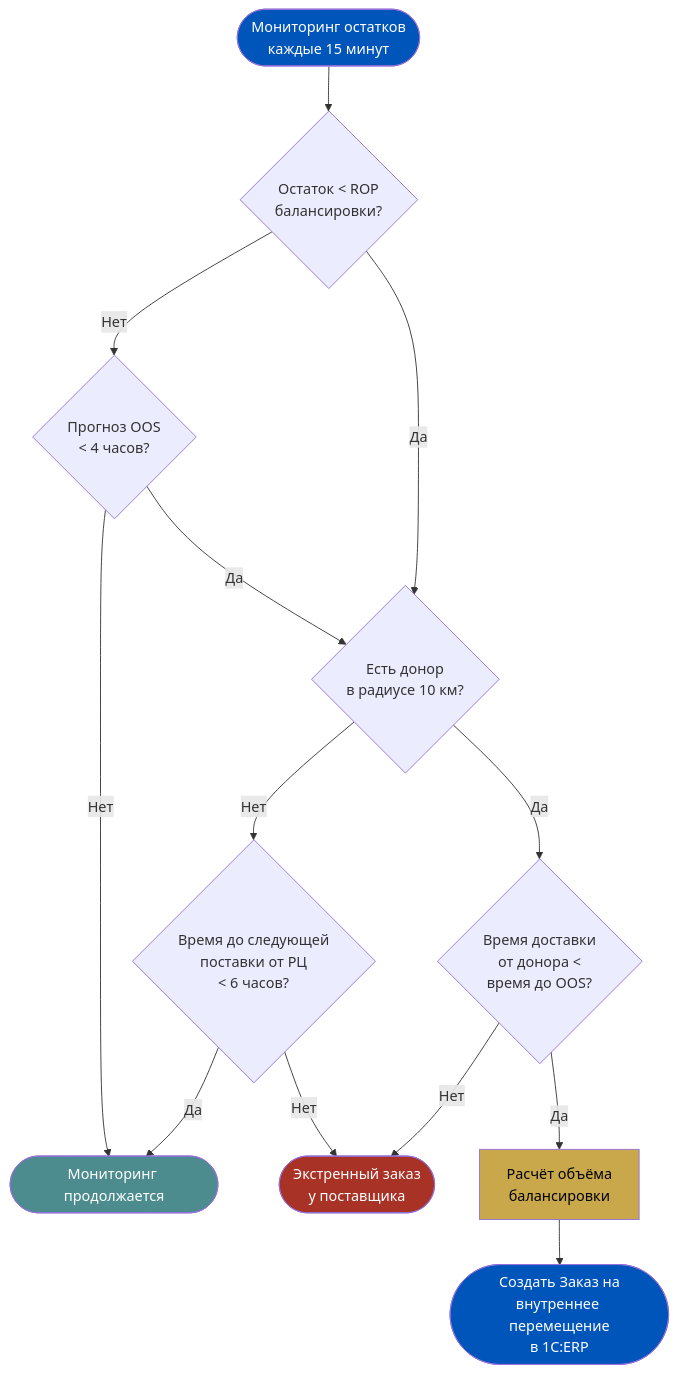
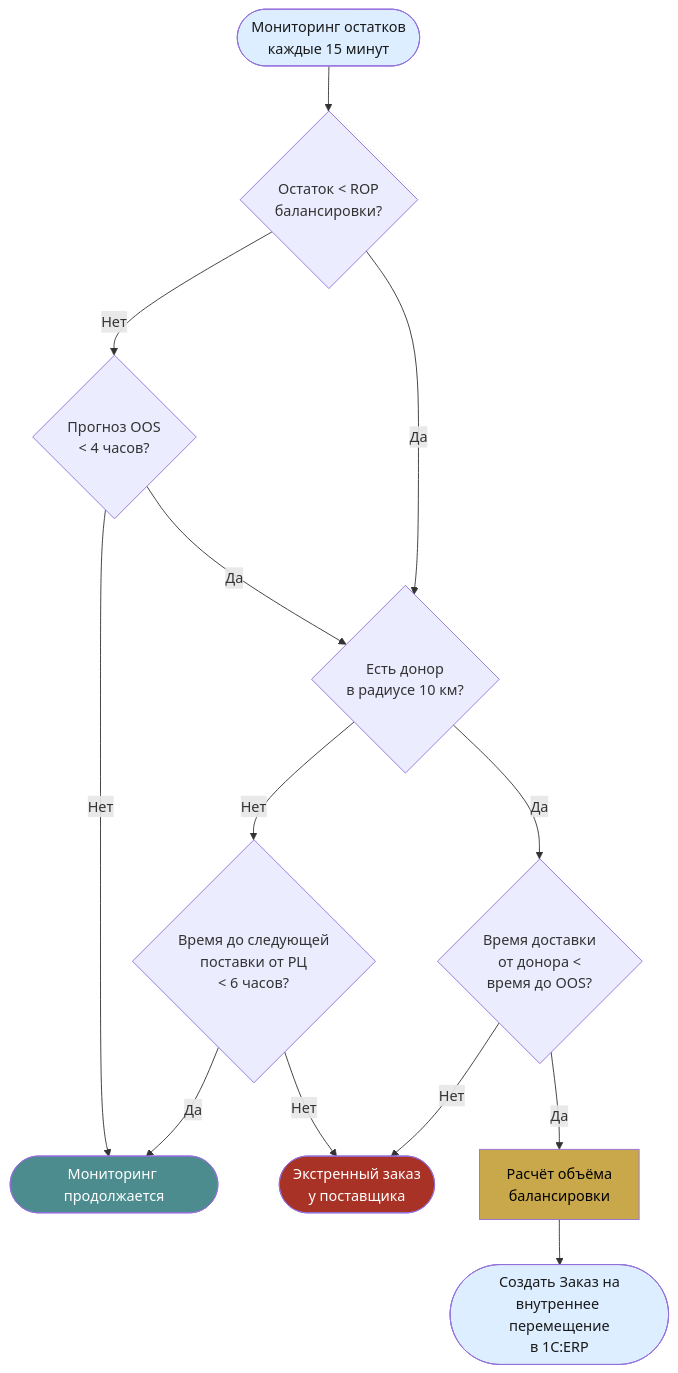
One commit to murad1986/1c-erp-quartz changed the third of 5 diagrams in content/1c-erp/week_7/Неделя 7 - День 1 - Балансировка стока.md. Above: the diagram before and after it, drawn with Mermaid. The commit also changed other lines of this file and 57 other files, not shown here.

First line of the commit message:
fix: Mermaid — пастельные цвета в источниках диаграмм (56 файлов)

````diff
--- a/content/1c-erp/week_7/Неделя 7 - День 1 - Балансировка стока.md
+++ b/content/1c-erp/week_7/Неделя 7 - День 1 - Балансировка стока.md
@@ -216,29 +216,29 @@
 ```mermaid
 flowchart TD
     Start(["Мониторинг остатков<br/>каждые 15 минут"]) --> Check1{"Остаток < ROP<br/>балансировки?"}
 
-    style Start fill:#0055BB,color:#fff
+    style Start fill:#dceeff,color:#1a1a1a
 
     Check1 -->|Нет| Check2{"Прогноз OOS<br/>< 4 часов?"}
     Check1 -->|Да| Check3{"Есть донор<br/>в радиусе 10 км?"}
 
     Check2 -->|Нет| End1(["Мониторинг продолжается"])
     Check2 -->|Да| Check3
 
     Check3 -->|Нет| Check4{"Время до следующей<br/>поставки от РЦ<br/>< 6 часов?"}
     Check3 -->|Да| CheckTime{"Время доставки<br/>от донора <<br/>время до OOS?"}
 
     Check4 -->|Да| End1
     Check4 -->|Нет| Action2(["Экстренный заказ<br/>у поставщика"])
 
     CheckTime -->|Нет| Action2
     CheckTime -->|Да| CalcVol["Расчёт объёма<br/>балансировки"]
 
     style End1 fill:#4C8C8F,color:#fff
     style Action2 fill:#A93226,color:#fff
     style CalcVol fill:#C9A84C,color:#000
 
     CalcVol --> CreateDoc(["Создать Заказ на<br/>внутреннее перемещение<br/>в 1C:ERP"])
 
-    style CreateDoc fill:#0055BB,color:#fff
+    style CreateDoc fill:#dceeff,color:#1a1a1a
 ```
````
